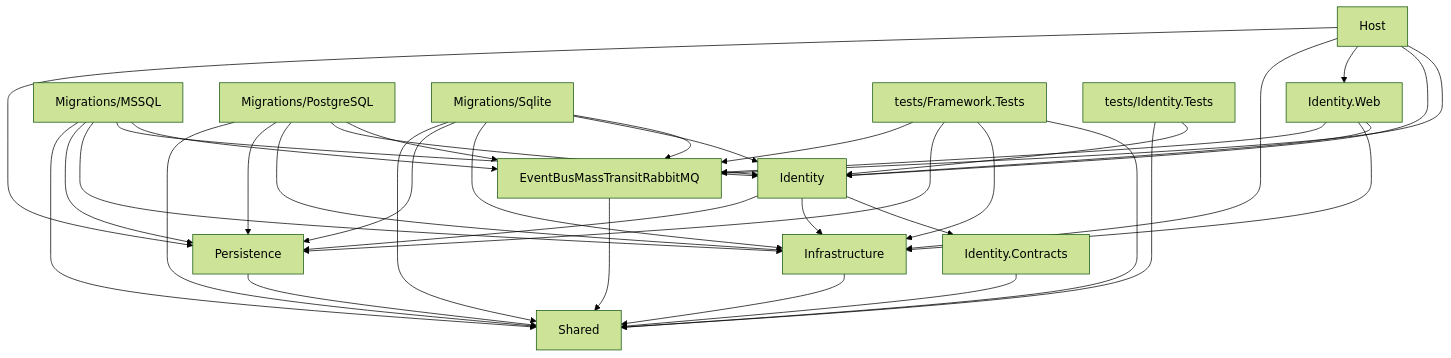
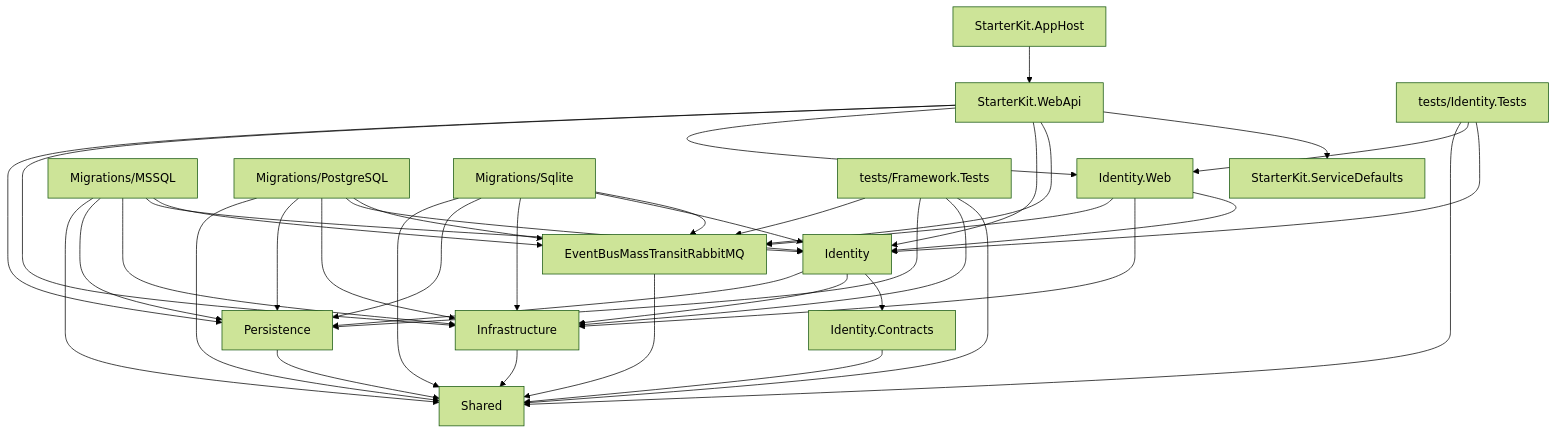
The diagram in docs/architecture/dependency-graph.md (lightdotnet/ModularMonolith), drawn with Mermaid (forest theme) before and after one commit. The commit also changed other lines of this file and 24 other files, not shown here.

First line of the commit message:
docs: move project overviews to projects/ and sync for admin pages, WebApi and Aspire

````diff
--- a/docs/architecture/dependency-graph.md
+++ b/docs/architecture/dependency-graph.md
@@ -7,43 +7,48 @@
 ```mermaid
 graph TD
-    Host["Host"]
+    AppHost["StarterKit.AppHost"]
+    WebApi["StarterKit.WebApi"]
+    SD["StarterKit.ServiceDefaults"]
     IdW["Identity.Web"]
     Id["Identity"]
     IdC["Identity.Contracts"]
     Bus["EventBusMassTransitRabbitMQ"]
     Infra["Infrastructure"]
     Pers["Persistence"]
     Shared["Shared"]
     MigMs["Migrations/MSSQL"]
     MigPg["Migrations/PostgreSQL"]
     MigSl["Migrations/Sqlite"]
     FT["tests/Framework.Tests"]
     IT["tests/Identity.Tests"]
 
-    Host --> Bus
-    Host --> Id
-    Host --> IdW
-    Host --> Infra
-    Host --> Pers
+    AppHost --> WebApi
+    WebApi --> SD
+    WebApi --> Bus
+    WebApi --> Id
+    WebApi --> IdW
+    WebApi --> Infra
+    WebApi --> Pers
     IdW --> Id
     IdW --> Infra
     IdW --> Bus
     Id --> IdC
     Id --> Infra
     Id --> Pers
     IdC --> Shared
     Bus --> Shared
     Infra --> Shared
     Pers --> Shared
     MigMs & MigPg & MigSl --> Bus
     MigMs & MigPg & MigSl --> Id
     MigMs & MigPg & MigSl --> Infra
     MigMs & MigPg & MigSl --> Pers
     MigMs & MigPg & MigSl --> Shared
     FT --> Shared
     FT --> Infra
     FT --> Pers
     FT --> Bus
     IT --> Id
+    IT --> IdW
     IT --> Shared
 ```
````
